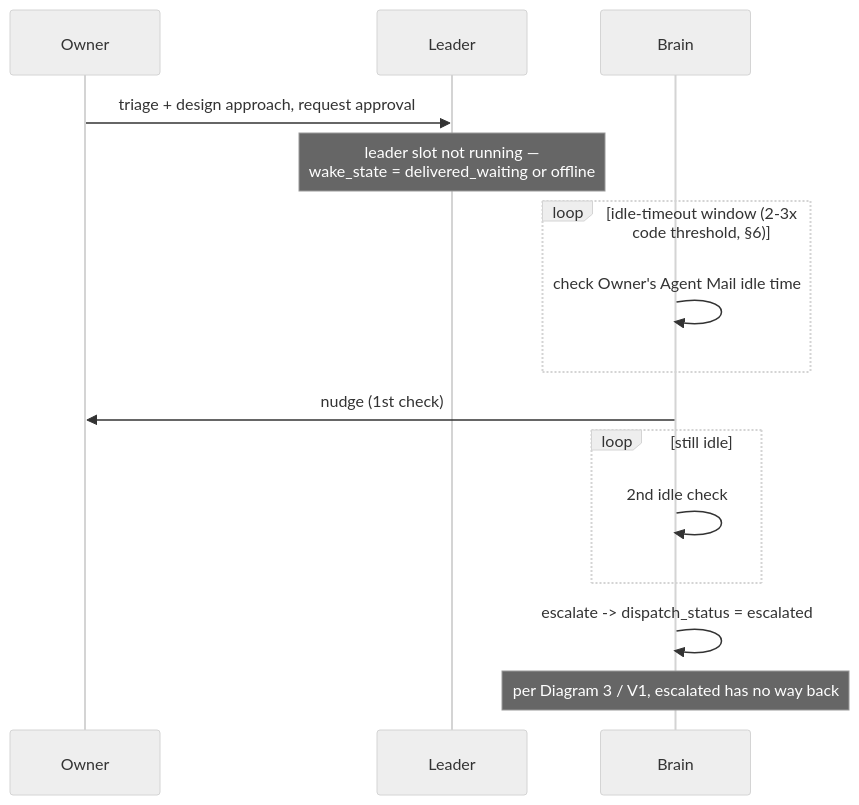
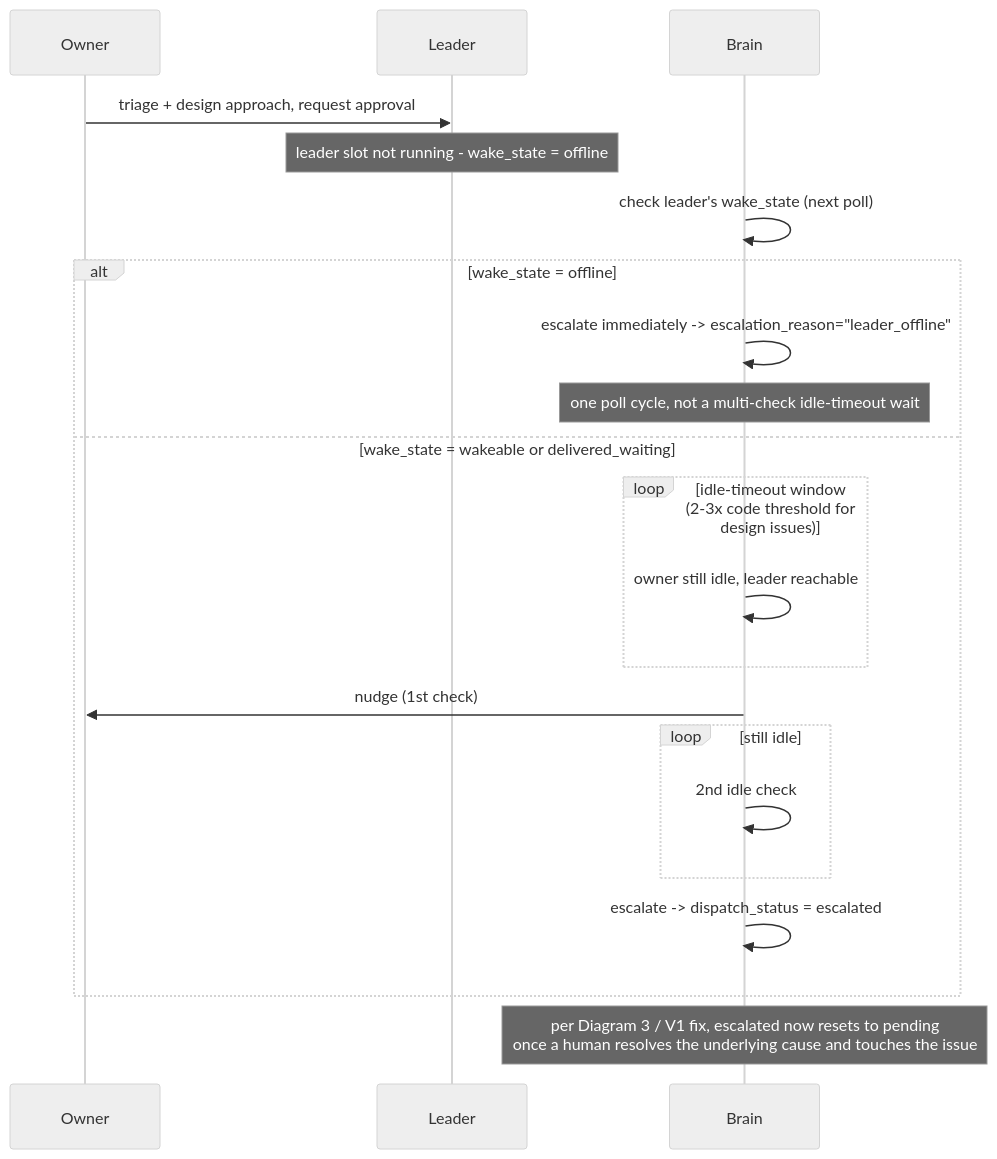
One commit to adrirubio/claude-deck changed the sixth of 6 diagrams in docs/superpowers/specs/2026-07-03-autonomous-github-dispatch-workflows.md. Above: the diagram before and after it, drawn with Mermaid (neutral theme). The commit also changed other lines of this file and 1 other file, not shown here.

First line of the commit message:
docs: re-render workflow diagrams to reflect V1-V7/UC11 fixes

````diff
--- a/docs/superpowers/specs/2026-07-03-autonomous-github-dispatch-workflows.md
+++ b/docs/superpowers/specs/2026-07-03-autonomous-github-dispatch-workflows.md
@@ -190,18 +219,24 @@
 ```mermaid
 sequenceDiagram
     participant Owner
     participant Leader
     participant Brain
 
     Owner->>Leader: triage + design approach, request approval
-    Note over Leader: leader slot not running —<br/>wake_state = delivered_waiting or offline
-    loop idle-timeout window (2-3x code threshold, §6)
-        Brain->>Brain: check Owner's Agent Mail idle time
+    Note over Leader: leader slot not running - wake_state = offline
+    Brain->>Brain: check leader's wake_state (next poll)
+    alt wake_state = offline
+        Brain->>Brain: escalate immediately -> escalation_reason="leader_offline"
+        Note over Brain: one poll cycle, not a multi-check idle-timeout wait
+    else wake_state = wakeable or delivered_waiting
+        loop idle-timeout window (2-3x code threshold for design issues)
+            Brain->>Brain: owner still idle, leader reachable
+        end
+        Brain->>Owner: nudge (1st check)
+        loop still idle
+            Brain->>Brain: 2nd idle check
+        end
+        Brain->>Brain: escalate -> dispatch_status = escalated
     end
-    Brain->>Owner: nudge (1st check)
-    loop still idle
-        Brain->>Brain: 2nd idle check
-    end
-    Brain->>Brain: escalate -> dispatch_status = escalated
-    Note over Brain: per Diagram 3 / V1, escalated has no way back
+    Note over Brain: per Diagram 3 / V1 fix, escalated now resets to pending<br/>once a human resolves the underlying cause and touches the issue
 ```
````
